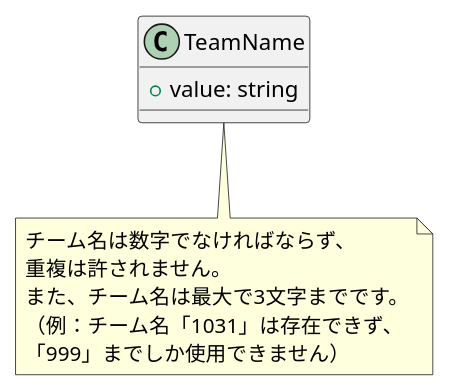
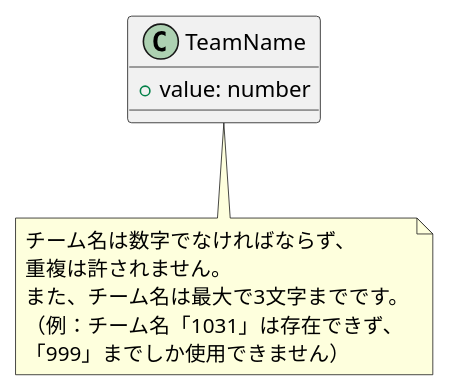
One commit to seiha-tsuge/ddd-challenge changed the diagram in src/domain/models/team/team-name/team-name.pu. Above: the diagram before and after it, drawn with PlantUML. The commit also changed 8 other files, not shown here.

```diff
--- a/src/domain/models/team/team-name/team-name.pu
+++ b/src/domain/models/team/team-name/team-name.pu
@@ -1,15 +1,15 @@
 @startuml TeamName
 
 class "TeamName" as TeamName {
-    + value: string
+    + value: number
 }
 
 note bottom of TeamName
   チーム名は数字でなければならず、
   重複は許されません。
   また、チーム名は最大で3文字までです。
   （例：チーム名「1031」は存在できず、
   「999」までしか使用できません）
 end note
 
 @enduml
```
